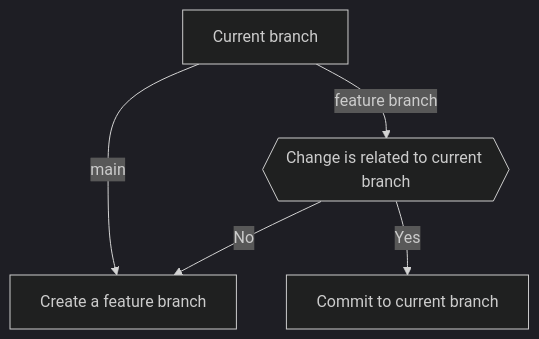
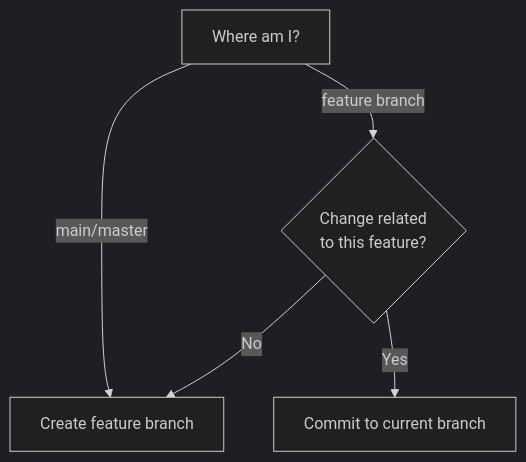
The diagram in .claude/skills/committing/SKILL.md (abhinav/home), drawn with Mermaid (dark theme) before and after one commit. The commit also changed other lines of this file, not shown here.

````diff
--- a/.claude/skills/committing/SKILL.md
+++ b/.claude/skills/committing/SKILL.md
@@ -46,7 +50,7 @@
 ```mermaid
 flowchart TD
-    CurrentBranch[Current branch] -->|main| Feature[Create a feature branch]
-    CurrentBranch -->|feature branch| Related{{Change is related to current branch}}
-    Related -->|Yes| SameBranch[Commit to current branch]
-    Related -->|No| Feature
+    Start[Where am I?] -->|main/master| NewBranch[Create feature branch]
+    Start -->|feature branch| Related{Change related<br/>to this feature?}
+    Related -->|Yes| Current[Commit to current branch]
+    Related -->|No| NewBranch
 ```
````
